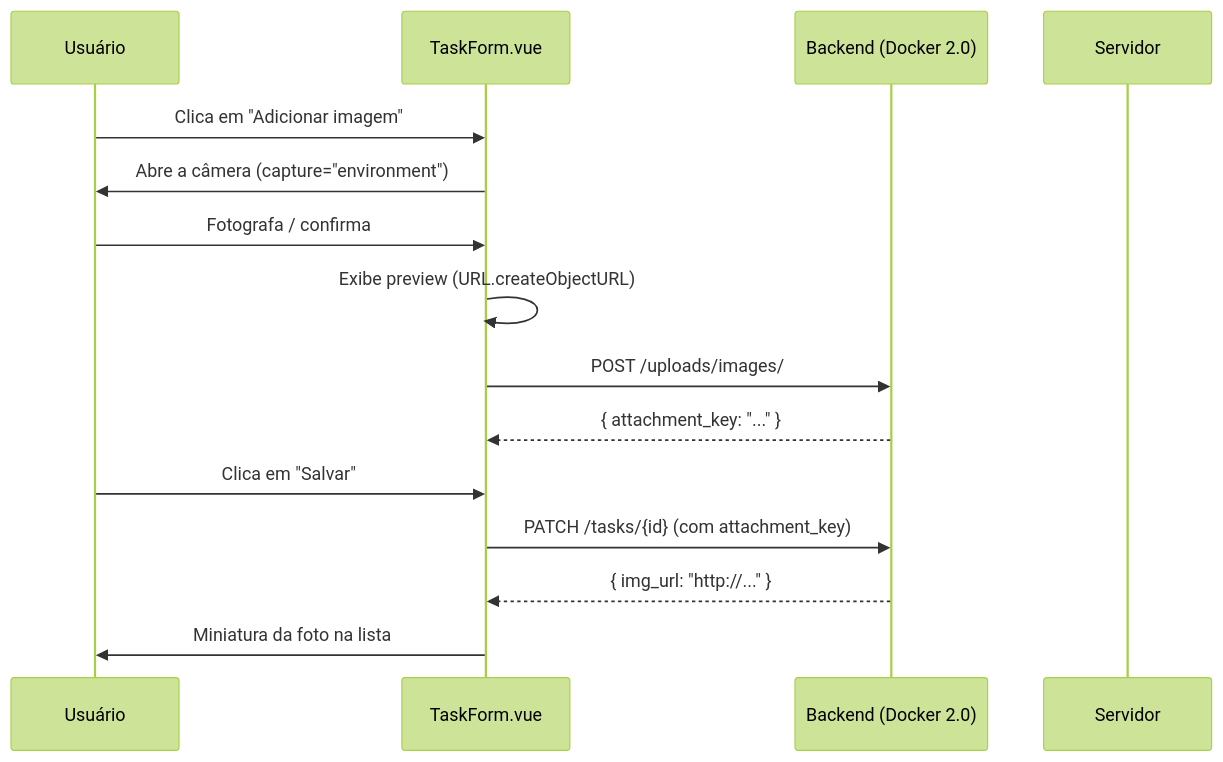
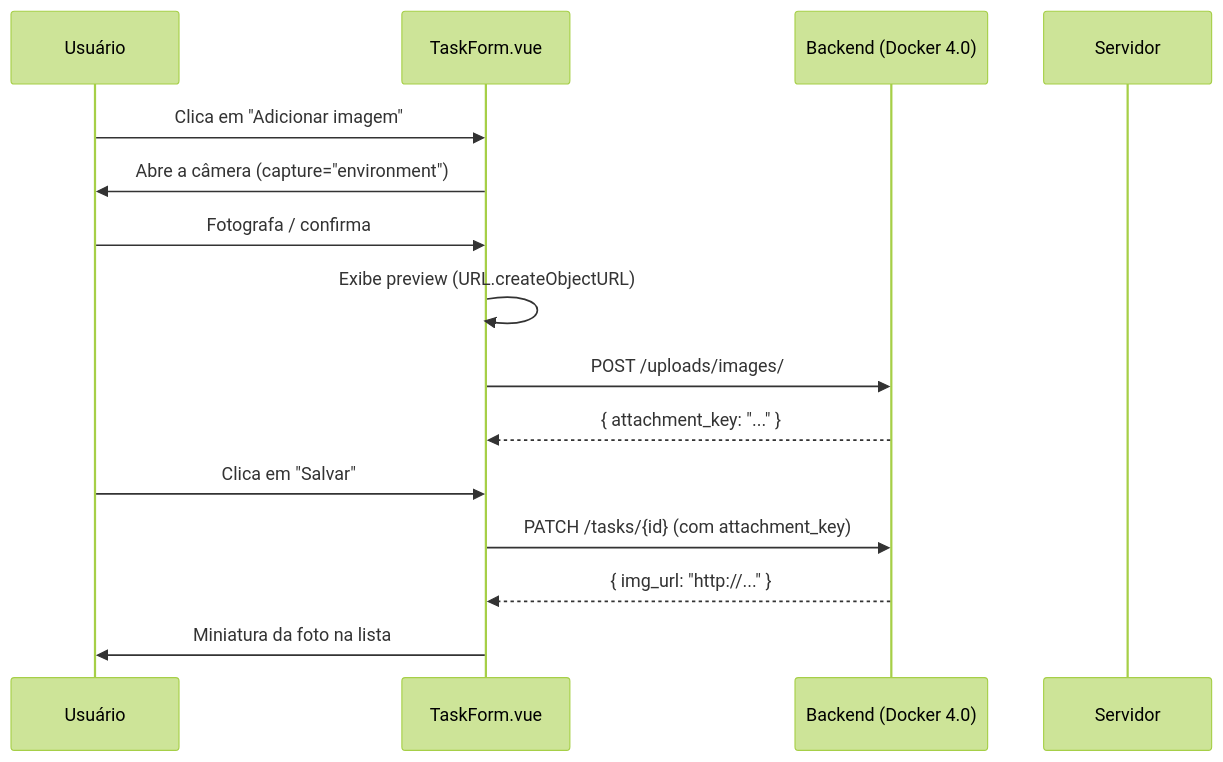
Before and after one commit to eduardo-da-silva/desenvolvimento-mobile: the diagram in docs/unidade9/tutorial/index.md, drawn with Mermaid (forest theme). The commit also changed 192 other files, not shown here.

````diff
--- a/docs/unidade9/tutorial/index.md
+++ b/docs/unidade9/tutorial/index.md
@@ -7,18 +7,18 @@
 ```mermaid
 sequenceDiagram
     participant U as Usuário
     participant TF as TaskForm.vue
-    participant API as Backend (Docker 2.0)
+    participant API as Backend (Docker 4.0)
     participant S as Servidor
 
     U->>TF: Clica em "Adicionar imagem"
     TF->>U: Abre a câmera (capture="environment")
     U->>TF: Fotografa / confirma
     TF->>TF: Exibe preview (URL.createObjectURL)
     TF->>API: POST /uploads/images/
     API-->>TF: { attachment_key: "..." }
     U->>TF: Clica em "Salvar"
     TF->>API: PATCH /tasks/{id} (com attachment_key)
     API-->>TF: { img_url: "http://..." }
     TF->>U: Miniatura da foto na lista
 ```
````
